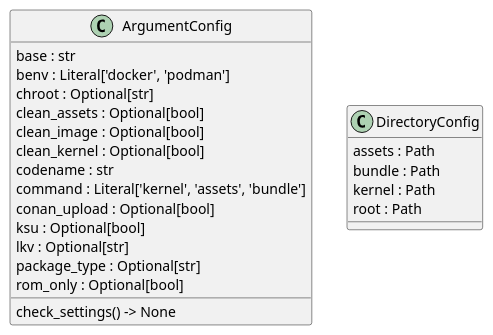
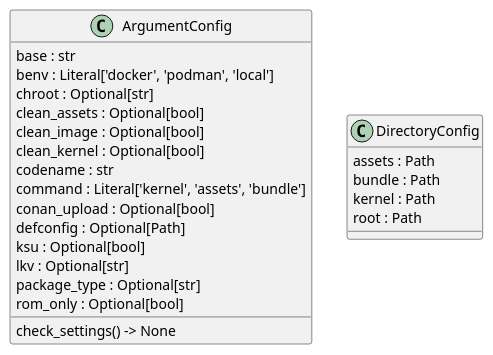
The diagram in docs/architecture/configs/classes.puml (seppzer0/zero_kernel), drawn with PlantUML before and after one commit. The commit also changed 45 other files, not shown here.

```diff
--- a/docs/architecture/configs/classes.puml
+++ b/docs/architecture/configs/classes.puml
@@ -1,25 +1,26 @@
 @startuml classes
 set namespaceSeparator none
 class "ArgumentConfig" as configs.argument.ArgumentConfig {
   base : str
-  benv : Literal['docker', 'podman']
+  benv : Literal['docker', 'podman', 'local']
   chroot : Optional[str]
   clean_assets : Optional[bool]
   clean_image : Optional[bool]
   clean_kernel : Optional[bool]
   codename : str
   command : Literal['kernel', 'assets', 'bundle']
   conan_upload : Optional[bool]
+  defconfig : Optional[Path]
   ksu : Optional[bool]
   lkv : Optional[str]
   package_type : Optional[str]
   rom_only : Optional[bool]
   check_settings() -> None
 }
 class "DirectoryConfig" as configs.directory.DirectoryConfig {
   assets : Path
   bundle : Path
   kernel : Path
   root : Path
 }
 @enduml
```
